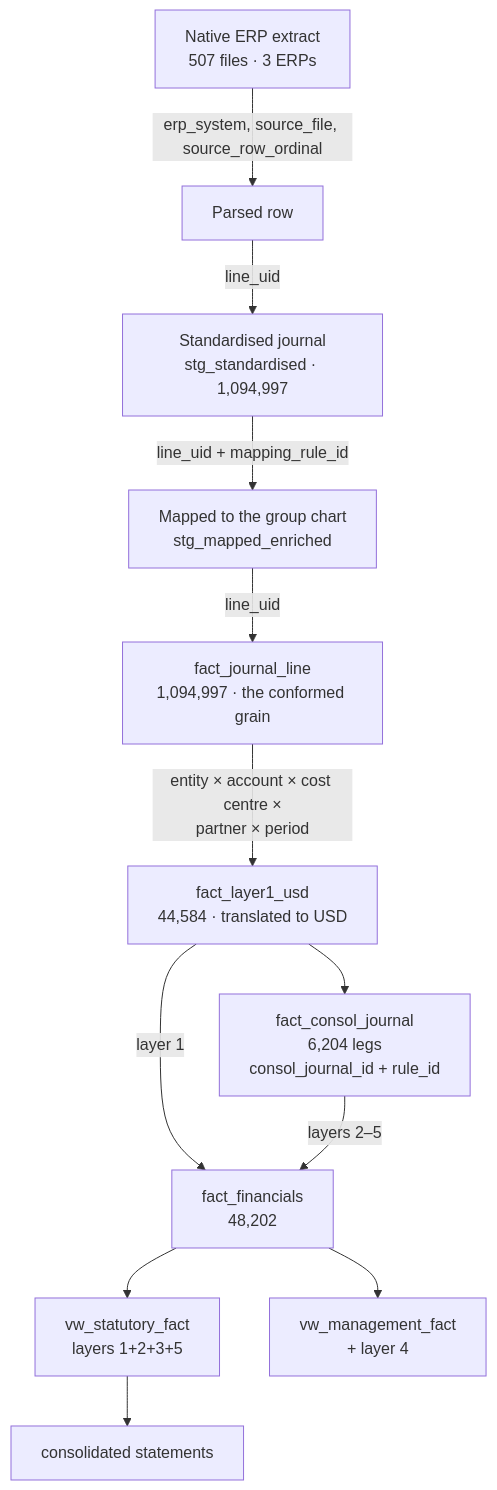
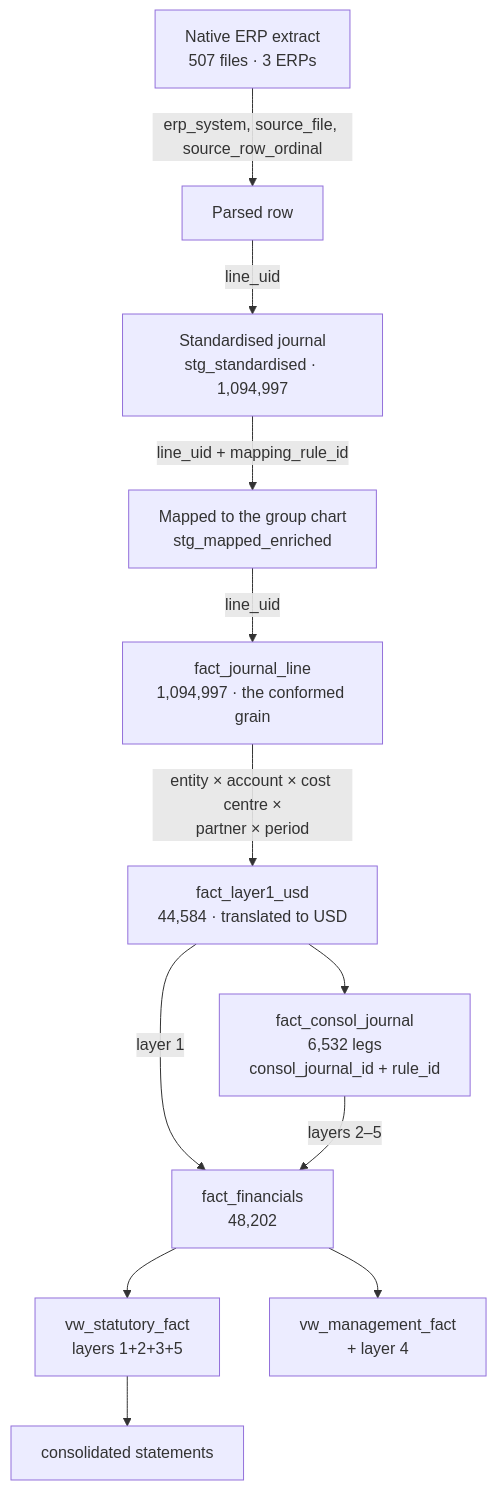
Before and after one commit to siddik-analytics/northstar-consolidation-platform: the diagram in docs/data-lineage.md, drawn with Mermaid. The commit also changed other lines of this file and 24 other files, not shown here.

````diff
--- a/docs/data-lineage.md
+++ b/docs/data-lineage.md
@@ -13,15 +13,15 @@
 ```mermaid
 flowchart TD
     F["Native ERP extract<br/>507 files · 3 ERPs"]
       -->|"erp_system, source_file, source_row_ordinal"| P["Parsed row"]
     P -->|"line_uid"| S["Standardised journal<br/>stg_standardised · 1,094,997"]
     S -->|"line_uid + mapping_rule_id"| M["Mapped to the group chart<br/>stg_mapped_enriched"]
     M -->|"line_uid"| J["fact_journal_line<br/>1,094,997 · the conformed grain"]
     J -->|"entity × account × cost centre ×<br/>partner × period"| L1["fact_layer1_usd<br/>44,584 · translated to USD"]
     L1 -->|"layer 1"| FF["fact_financials<br/>48,202"]
-    L1 --> CJ["fact_consol_journal<br/>6,204 legs<br/>consol_journal_id + rule_id"]
+    L1 --> CJ["fact_consol_journal<br/>6,532 legs<br/>consol_journal_id + rule_id"]
     CJ -->|"layers 2–5"| FF
     FF --> ST["vw_statutory_fact<br/>layers 1+2+3+5"]
     FF --> MG["vw_management_fact<br/>+ layer 4"]
     ST --> R["consolidated statements"]
 ```
````
